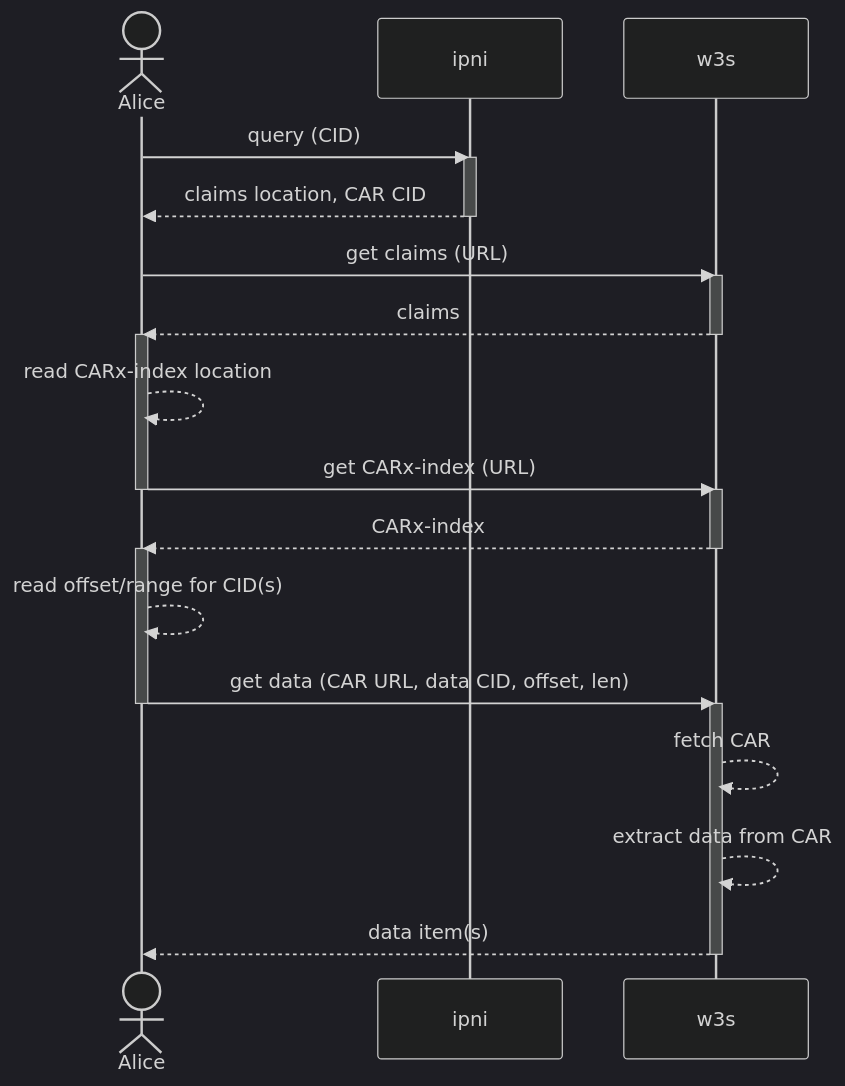
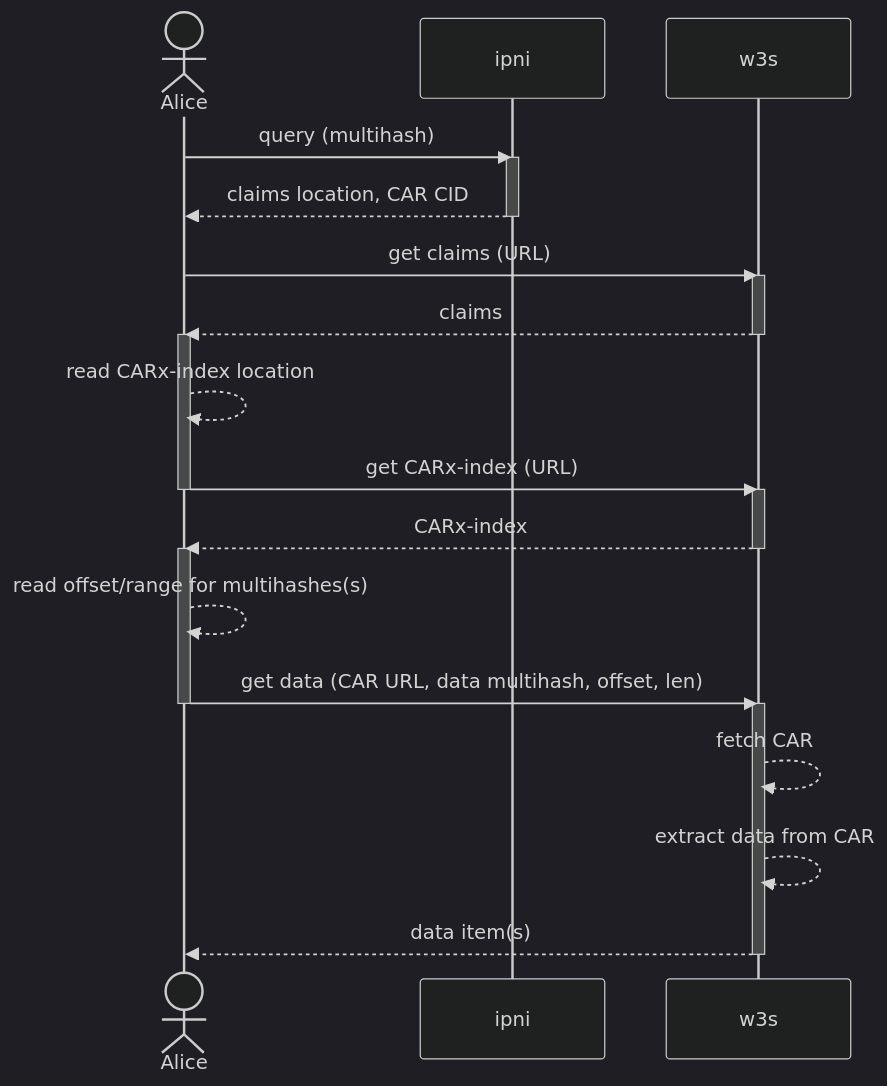
One commit to storacha/RFC changed the third of 3 diagrams in rfc/ipni-w3c.md. Above: the diagram before and after it, drawn with Mermaid (dark theme). The commit also changed other lines of this file, not shown here.

````diff
--- a/rfc/ipni-w3c.md
+++ b/rfc/ipni-w3c.md
@@ -301,28 +323,28 @@
 ```mermaid
 sequenceDiagram
     actor Alice
-    Alice->>ipni: query (CID)
+    Alice->>ipni: query (multihash)
     activate ipni
     ipni-->>Alice: claims location, CAR CID
     deactivate ipni
     Alice->>w3s: get claims (URL)
     activate w3s
     w3s-->>Alice: claims
     deactivate w3s
     activate Alice
     Alice-->>Alice: read CARx-index location
     Alice->>w3s: get CARx-index (URL)
     deactivate Alice
     activate w3s
     w3s-->>Alice: CARx-index
     deactivate w3s
     activate Alice
-    Alice-->>Alice: read offset/range for CID(s)
-    Alice->>w3s: get data (CAR URL, data CID, offset, len)
+    Alice-->>Alice: read offset/range for multihashes(s)
+    Alice->>w3s: get data (CAR URL, data multihash, offset, len)
     deactivate Alice
     activate w3s
     w3s-->>w3s: fetch CAR
     w3s-->>w3s: extract data from CAR
     w3s-->>Alice: data item(s)
     deactivate w3s
 ```
````
